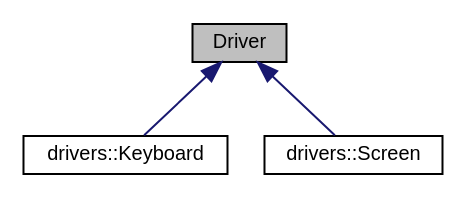
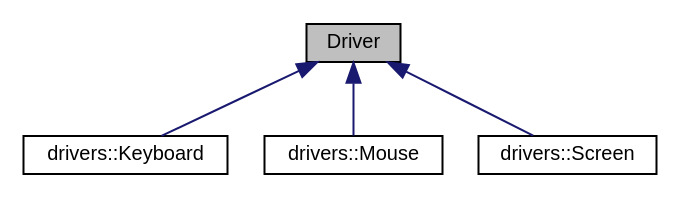
The diagram in docs/classDriver__inherit__graph.dot (XyrisOS/Panix-Archive), drawn with Graphviz before and after one commit. The commit also changed 103 other files, not shown here.

```diff
--- a/docs/classDriver__inherit__graph.dot
+++ b/docs/classDriver__inherit__graph.dot
@@ -1,11 +1,13 @@
 digraph "Driver"
 {
  // LATEX_PDF_SIZE
   edge [fontname="Helvetica",fontsize="10",labelfontname="Helvetica",labelfontsize="10"];
   node [fontname="Helvetica",fontsize="10",shape=record];
   Node0 [label="Driver",height=0.2,width=0.4,color="black", fillcolor="grey75", style="filled", fontcolor="black",tooltip=" "];
   Node0 -> Node1 [dir="back",color="midnightblue",fontsize="10",style="solid",fontname="Helvetica"];
   Node1 [label="drivers::Keyboard",height=0.2,width=0.4,color="black", fillcolor="white", style="filled",URL="$classdrivers_1_1Keyboard.html",tooltip=" "];
   Node0 -> Node2 [dir="back",color="midnightblue",fontsize="10",style="solid",fontname="Helvetica"];
-  Node2 [label="drivers::Screen",height=0.2,width=0.4,color="black", fillcolor="white", style="filled",URL="$classdrivers_1_1Screen.html",tooltip=" "];
+  Node2 [label="drivers::Mouse",height=0.2,width=0.4,color="black", fillcolor="white", style="filled",URL="$classdrivers_1_1Mouse.html",tooltip=" "];
+  Node0 -> Node3 [dir="back",color="midnightblue",fontsize="10",style="solid",fontname="Helvetica"];
+  Node3 [label="drivers::Screen",height=0.2,width=0.4,color="black", fillcolor="white", style="filled",URL="$classdrivers_1_1Screen.html",tooltip=" "];
 }
```
